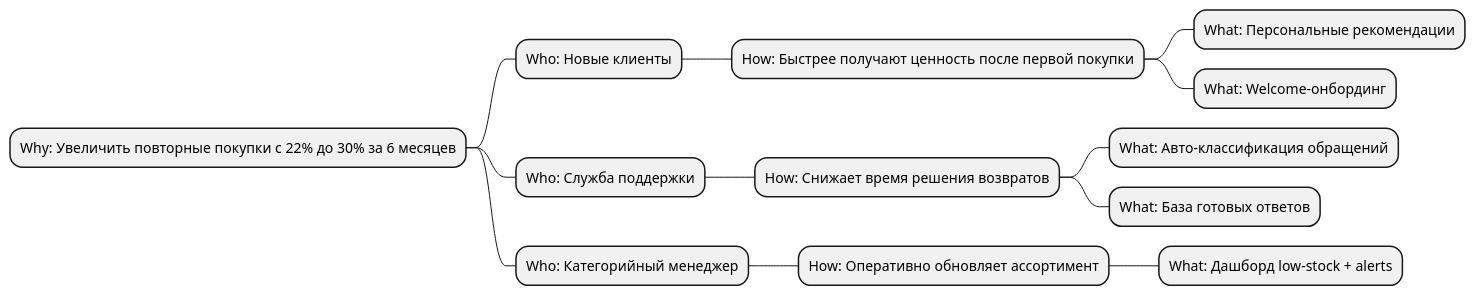
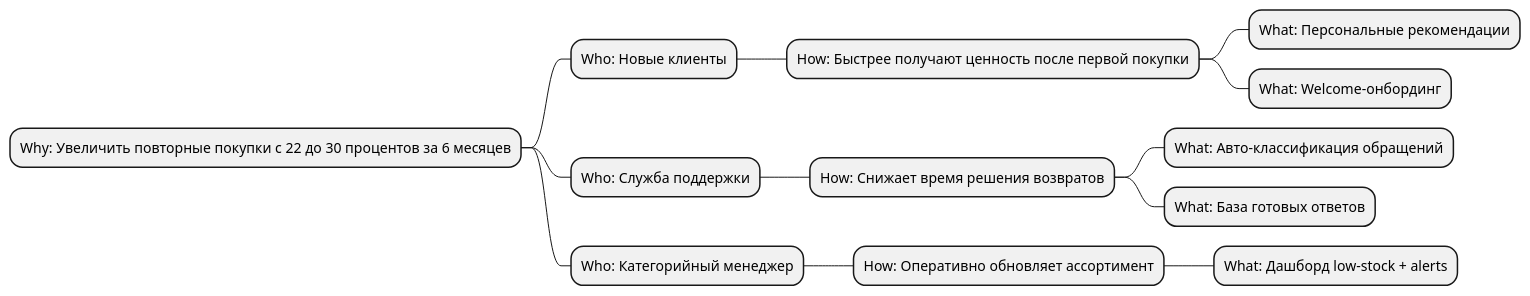
One commit to iwizy/analyst_kb changed the diagram in docs/notations/impact-map.md. Above: the diagram before and after it, drawn with PlantUML. The commit also changed 42 other files, not shown here.

````diff
--- a/docs/notations/impact-map.md
+++ b/docs/notations/impact-map.md
@@ -28,16 +28,16 @@
 ```kroki-plantuml
 @startmindmap
-* Why: Увеличить повторные покупки с 22% до 30% за 6 месяцев
+* Why: Увеличить повторные покупки с 22 до 30 процентов за 6 месяцев
 ** Who: Новые клиенты
 *** How: Быстрее получают ценность после первой покупки
 **** What: Персональные рекомендации
 **** What: Welcome-онбординг
 ** Who: Служба поддержки
 *** How: Снижает время решения возвратов
 **** What: Авто-классификация обращений
 **** What: База готовых ответов
 ** Who: Категорийный менеджер
 *** How: Оперативно обновляет ассортимент
 **** What: Дашборд low-stock + alerts
 @endmindmap
 ```
````
